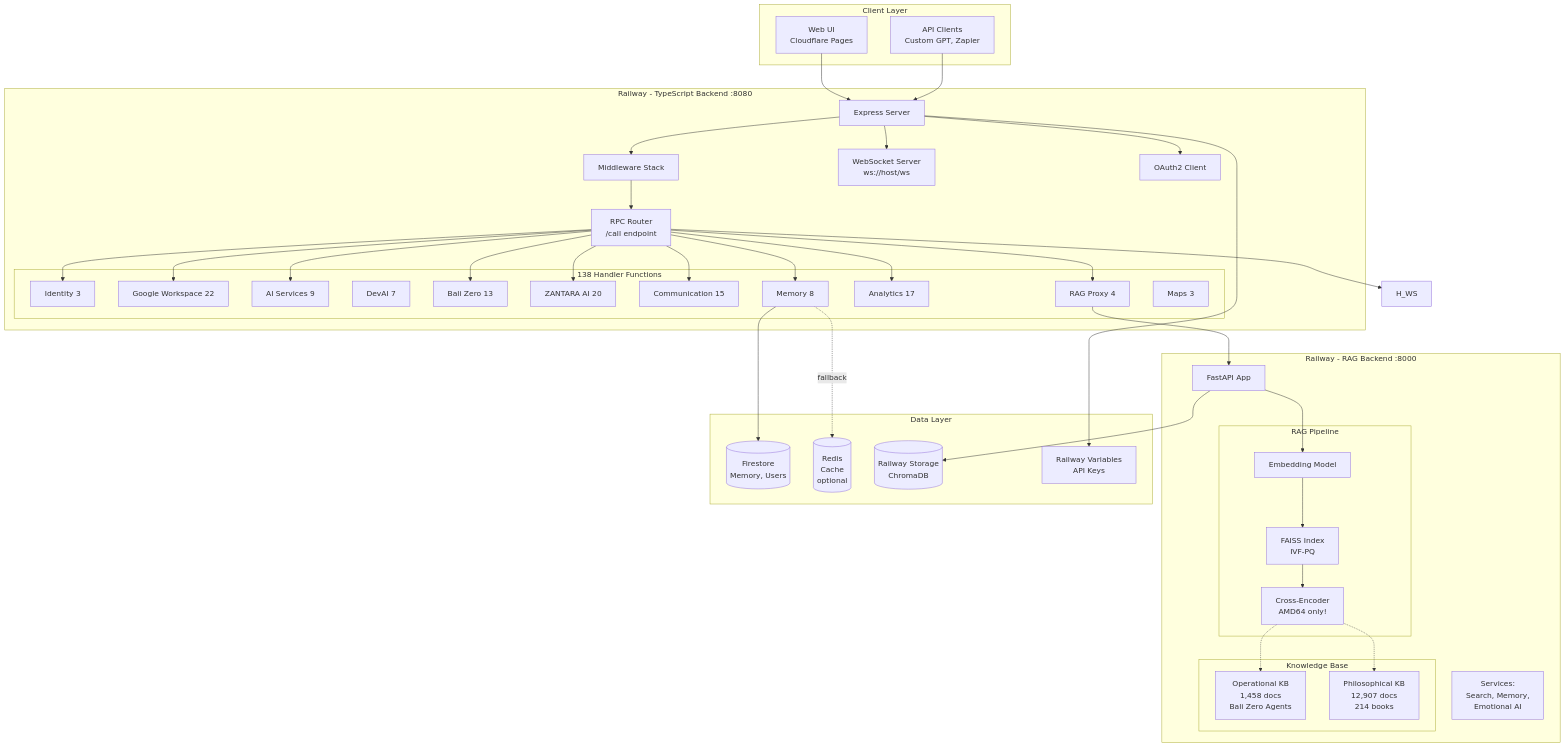
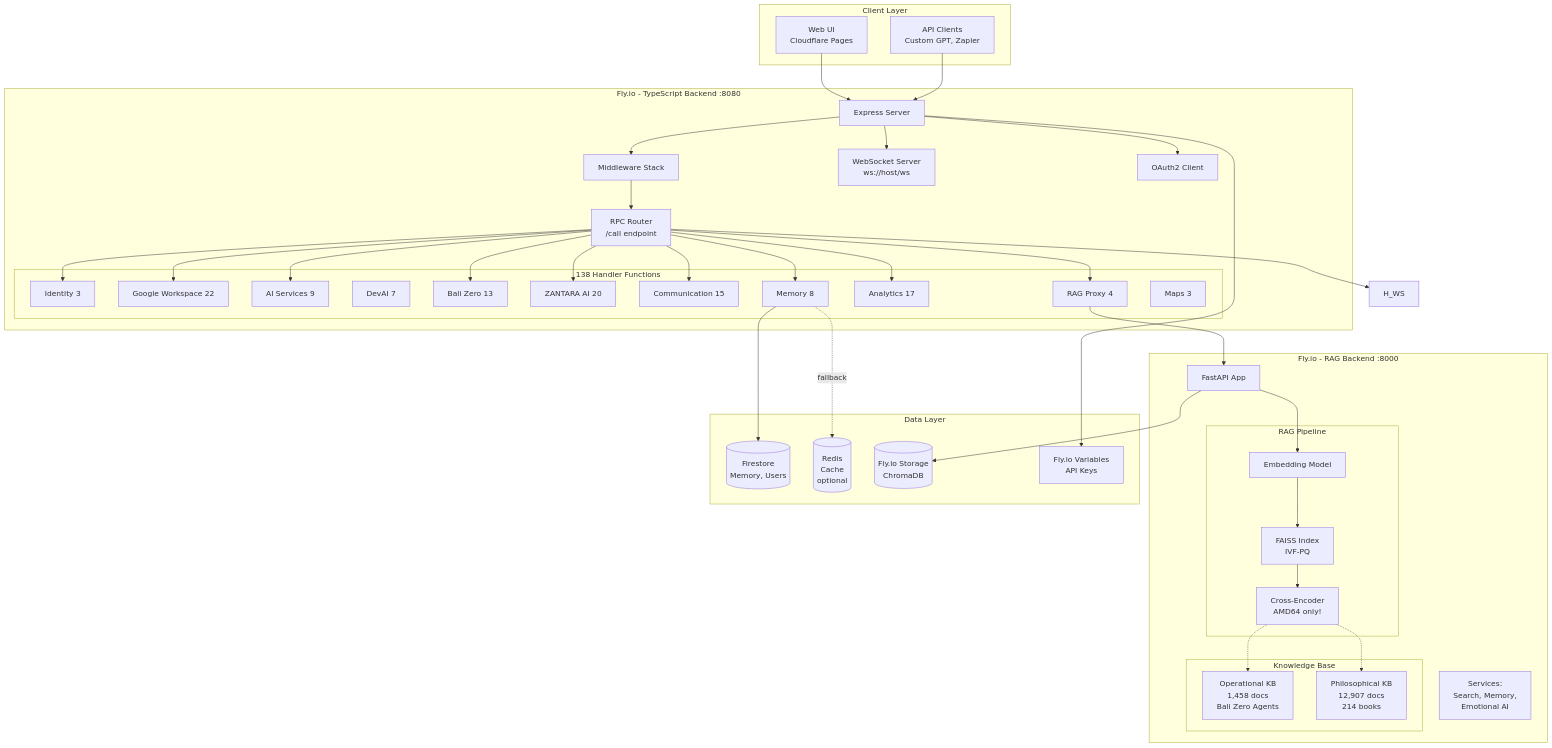
The first of 4 diagrams in docs/architecture/ARCHITECTURE.md (Balizero1987/nuzantara), drawn with Mermaid before and after one commit. The commit also changed other lines of this file and 180 other files, not shown here.

````diff
--- a/docs/architecture/ARCHITECTURE.md
+++ b/docs/architecture/ARCHITECTURE.md
@@ -19,76 +19,76 @@
 ```mermaid
 graph TB
     subgraph "Client Layer"
         WebUI[Web UI<br/>Cloudflare Pages]
         API_Clients[API Clients<br/>Custom GPT, Zapier]
     end
 
-    subgraph "Railway - TypeScript Backend :8080"
+    subgraph "Fly.io - TypeScript Backend :8080"
         Express[Express Server]
         Router[RPC Router<br/>/call endpoint]
         MW[Middleware Stack]
 
         subgraph "138 Handler Functions"
             H_Identity[Identity 3]
             H_GWS[Google Workspace 22]
             H_AI[AI Services 9]
             H_DevAI[DevAI 7]
             H_BZ[Bali Zero 13]
             H_Zantara[ZANTARA AI 20]
             H_Comm[Communication 15]
             H_Memory[Memory 8]
             H_Analytics[Analytics 17]
             H_RAG[RAG Proxy 4]
             H_Maps[Maps 3]
         end
 
         WS[WebSocket Server<br/>ws://host/ws]
         OAuth[OAuth2 Client]
     end
 
-    subgraph "Railway - RAG Backend :8000"
+    subgraph "Fly.io - RAG Backend :8000"
         FastAPI[FastAPI App]
 
         subgraph "RAG Pipeline"
             Embed[Embedding Model]
             FAISS[FAISS Index<br/>IVF-PQ]
             Rerank[Cross-Encoder<br/>AMD64 only!]
         end
 
         subgraph "Knowledge Base"
             KB_Ops[Operational KB<br/>1,458 docs<br/>Bali Zero Agents]
             KB_Phil[Philosophical KB<br/>12,907 docs<br/>214 books]
         end
 
         Services[Services:<br/>Search, Memory,<br/>Emotional AI]
     end
 
     subgraph "Data Layer"
         Firestore[(Firestore<br/>Memory, Users)]
         Redis[(Redis<br/>Cache<br/>optional)]
-        Storage[(Railway Storage<br/>ChromaDB)]
-        EnvVars[Railway Variables<br/>API Keys]
+        Storage[(Fly.io Storage<br/>ChromaDB)]
+        EnvVars[Fly.io Variables<br/>API Keys]
     end
 
     WebUI --> Express
     API_Clients --> Express
     Express --> MW
     MW --> Router
     Router --> H_Identity & H_GWS & H_AI & H_BZ & H_Zantara
     Router --> H_Comm & H_Memory & H_Analytics & H_RAG & H_WS
 
     H_RAG --> FastAPI
     FastAPI --> Embed
     Embed --> FAISS
     FAISS --> Rerank
     Rerank -.-> KB_Ops
     Rerank -.-> KB_Phil
 
     Express --> WS
     Express --> OAuth
 
     H_Memory --> Firestore
     H_Memory -.fallback.-> Redis
     FastAPI --> Storage
     Express --> EnvVars
 ```
````
